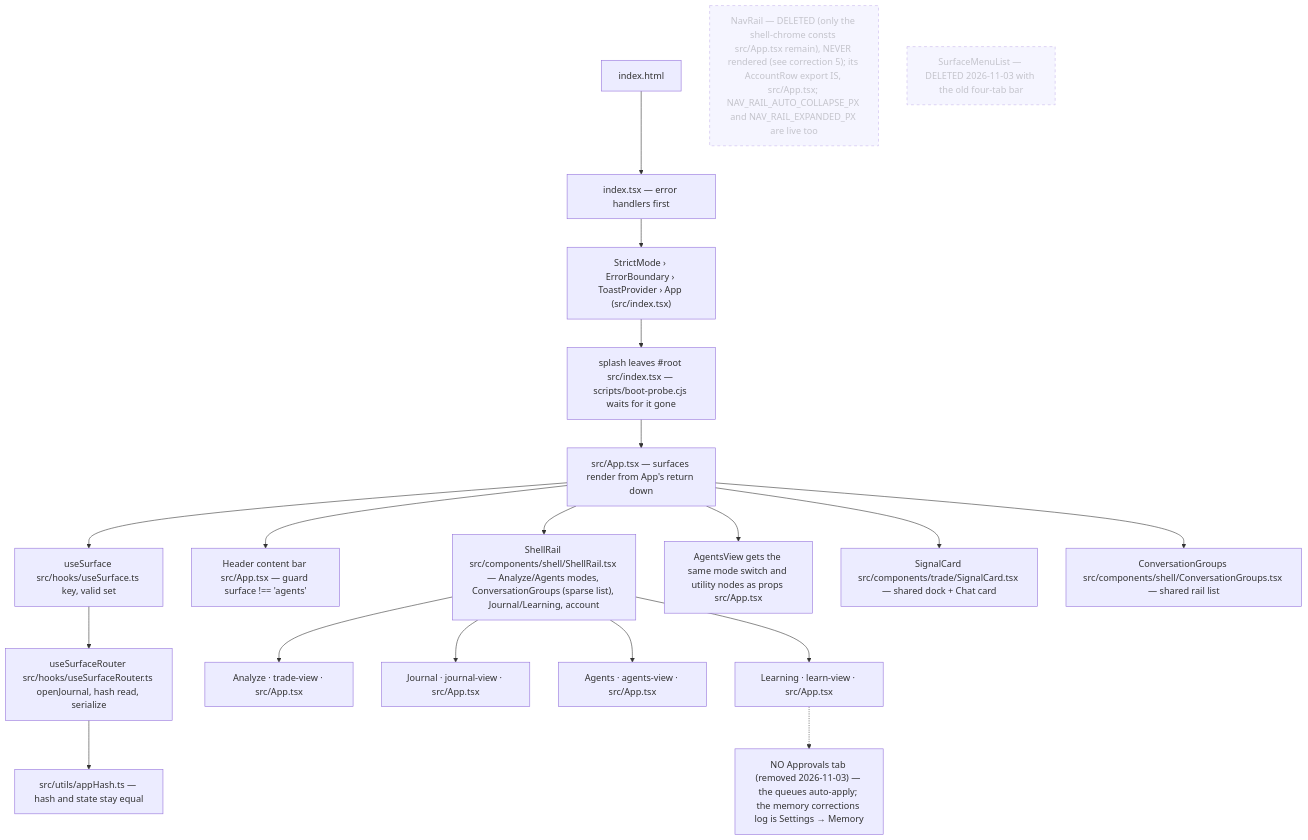
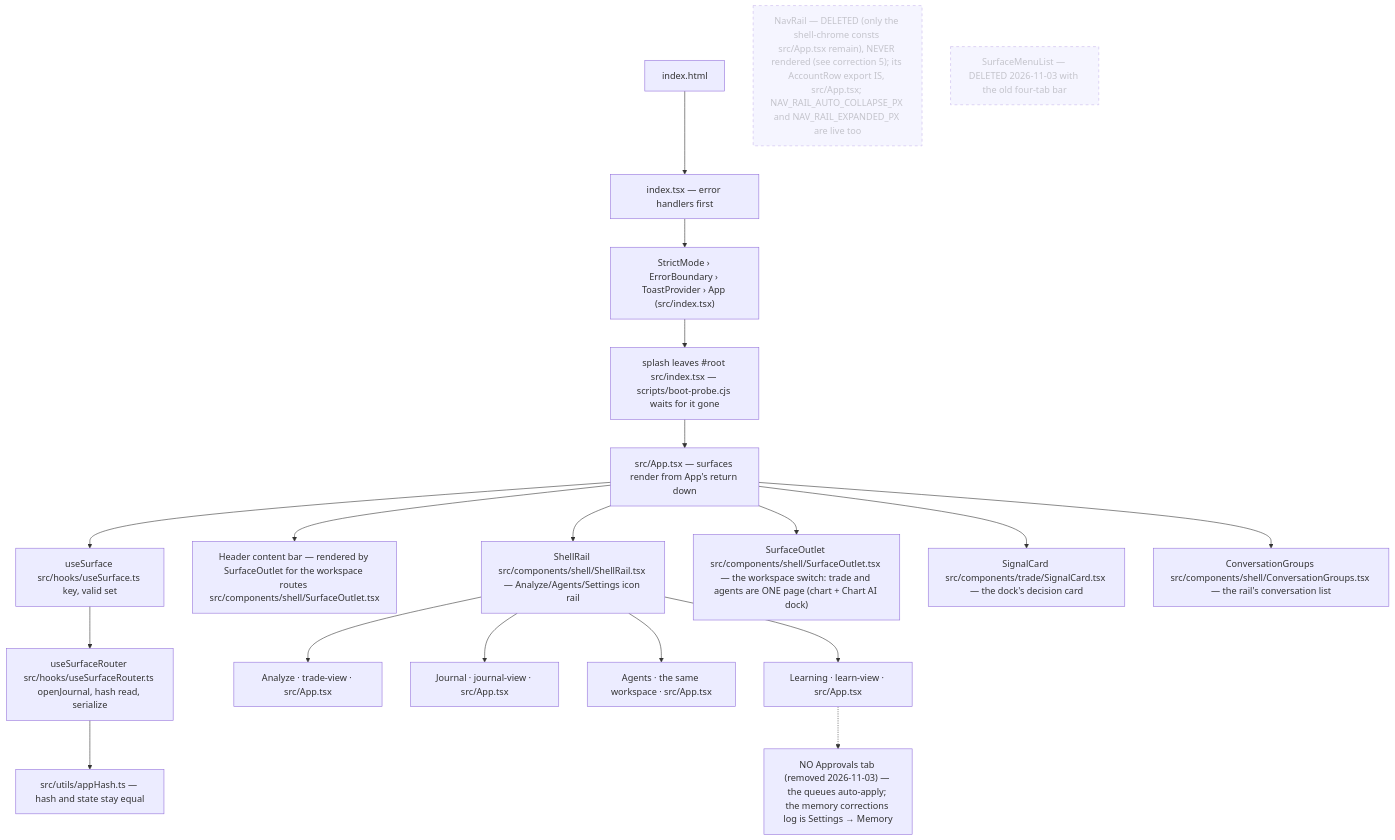
Before and after one commit to KILLER3UG/augustTrading: the first of 8 diagrams in docs/architecture/system-map.md, drawn with Mermaid. The commit also changed other lines of this file and 17 other files, not shown here.

````diff
--- a/docs/architecture/system-map.md
+++ b/docs/architecture/system-map.md
@@ -19,23 +19,23 @@
 ```mermaid
 flowchart TD
     H["index.html"] --> I["index.tsx — error handlers first"]
     I --> S["StrictMode › ErrorBoundary › ToastProvider › App (src/index.tsx)"]
     S --> SP["splash leaves #root src/index.tsx — scripts/boot-probe.cjs waits for it gone"]
     SP --> APP["src/App.tsx — surfaces render from App's return down"]
     APP --> US["useSurface src/hooks/useSurface.ts key, valid set"]
     US --> UR["useSurfaceRouter src/hooks/useSurfaceRouter.ts openJournal, hash read, serialize"]
     UR --> HASH["src/utils/appHash.ts — hash and state stay equal"]
-    APP --> HD["Header content bar src/App.tsx — guard surface !== 'agents' "]
-    APP --> SR["ShellRail src/components/shell/ShellRail.tsx — Analyze/Agents modes, ConversationGroups (sparse list), Journal/Learning, account"]
-    APP --> AV["AgentsView gets the same mode switch and utility nodes as props src/App.tsx"]
-    APP --> SG["SignalCard src/components/trade/SignalCard.tsx — shared dock + Chat card"]
-    APP --> CG["ConversationGroups src/components/shell/ConversationGroups.tsx — shared rail list"]
+    APP --> HD["Header content bar — rendered by SurfaceOutlet for the workspace routes src/components/shell/SurfaceOutlet.tsx"]
+    APP --> SR["ShellRail src/components/shell/ShellRail.tsx — Analyze/Agents/Settings icon rail"]
+    APP --> SO["SurfaceOutlet src/components/shell/SurfaceOutlet.tsx — the workspace switch: trade and agents are ONE page (chart + Chart AI dock)"]
+    APP --> SG["SignalCard src/components/trade/SignalCard.tsx — the dock's decision card"]
+    APP --> CG["ConversationGroups src/components/shell/ConversationGroups.tsx — the rail's conversation list"]
     SR --> T["Analyze · trade-view · src/App.tsx"]
     SR --> J["Journal · journal-view · src/App.tsx"]
-    SR --> C["Agents · agents-view · src/App.tsx"]
+    SR --> C["Agents · the same workspace · src/App.tsx"]
     SR --> K["Learning · learn-view · src/App.tsx"]
     K -.-> AP["NO Approvals tab (removed 2026-11-03) — the queues auto-apply; the memory corrections log is Settings → Memory"]
     NR["NavRail — DELETED (only the shell-chrome consts src/App.tsx remain), NEVER rendered (see correction 5); its AccountRow export IS, src/App.tsx; NAV_RAIL_AUTO_COLLAPSE_PX and NAV_RAIL_EXPANDED_PX are live too"]:::dead
     SM["SurfaceMenuList — DELETED 2026-11-03 with the old four-tab bar"]:::dead
     classDef dead stroke-dasharray: 5 5,opacity:.5
 ```
````
